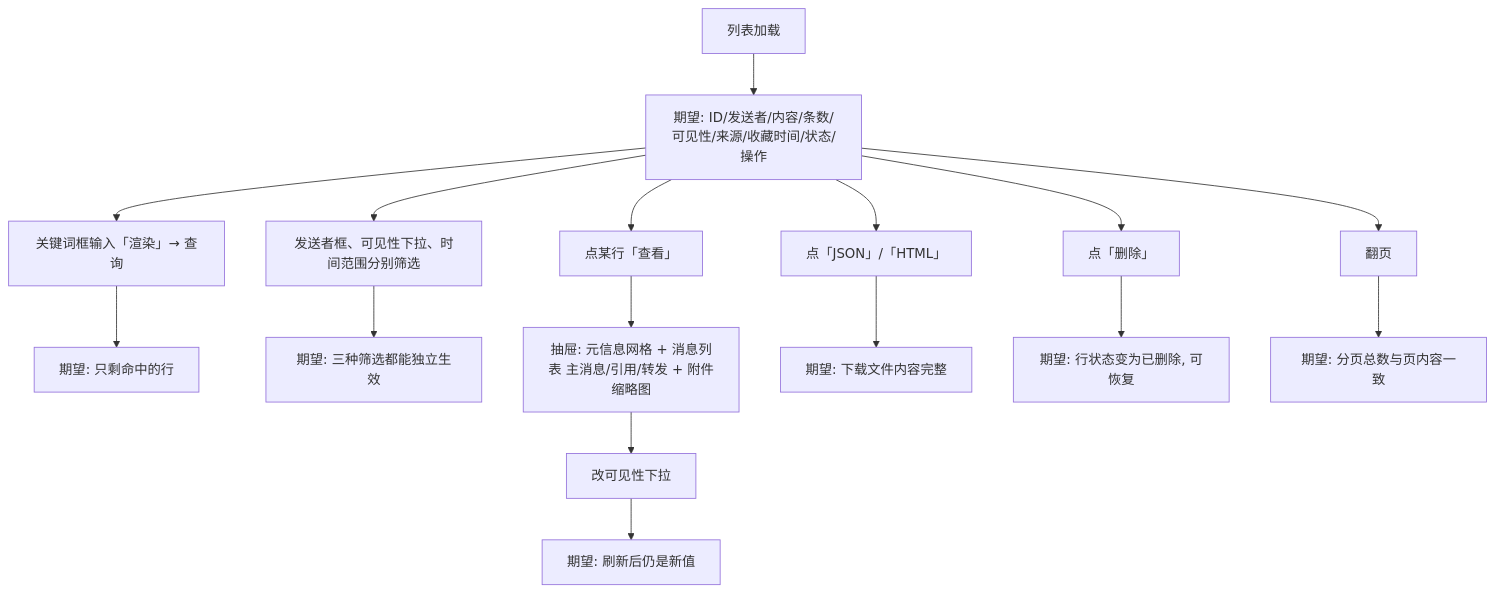
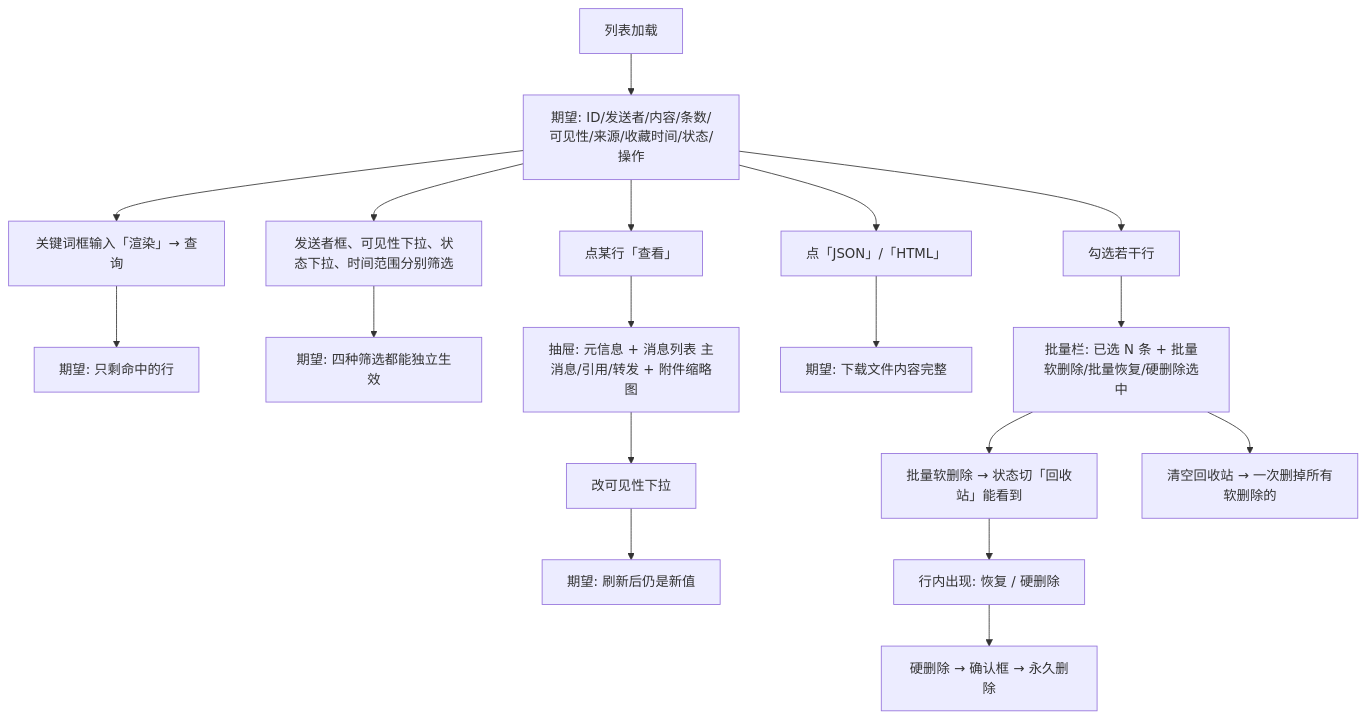
Before and after one commit to zhukongqwq/koishi-plugin-chatclip: the fourth of 4 diagrams in docs/VERIFY.md, drawn with Mermaid. The commit also changed other lines of this file and 10 other files, not shown here.

````diff
--- a/docs/VERIFY.md
+++ b/docs/VERIFY.md
@@ -115,18 +108,20 @@
 ```mermaid
 flowchart TD
   C1[列表加载] --> C2[期望: ID/发送者/内容/条数/可见性/来源/收藏时间/状态/操作]
   C2 --> C3[关键词框输入「渲染」→ 查询]
   C3 --> C4[期望: 只剩命中的行]
-  C2 --> C5[发送者框、可见性下拉、时间范围分别筛选]
-  C5 --> C6[期望: 三种筛选都能独立生效]
+  C2 --> C5[发送者框、可见性下拉、状态下拉、时间范围分别筛选]
+  C5 --> C6[期望: 四种筛选都能独立生效]
   C2 --> C7[点某行「查看」]
-  C7 --> C8[抽屉: 元信息网格 + 消息列表 主消息/引用/转发 + 附件缩略图]
+  C7 --> C8[抽屉: 元信息 + 消息列表 主消息/引用/转发 + 附件缩略图]
   C8 --> C9[改可见性下拉]
   C9 --> C10[期望: 刷新后仍是新值]
   C2 --> C11[点「JSON」/「HTML」]
   C11 --> C12[期望: 下载文件内容完整]
-  C2 --> C13[点「删除」]
-  C13 --> C14[期望: 行状态变为已删除, 可恢复]
-  C2 --> C15[翻页]
-  C15 --> C16[期望: 分页总数与页内容一致]
+  C2 --> D1[勾选若干行]
+  D1 --> D2[批量栏: 已选 N 条 + 批量软删除/批量恢复/硬删除选中]
+  D2 --> D3[批量软删除 → 状态切「回收站」能看到]
+  D3 --> D4[行内出现: 恢复 / 硬删除]
+  D4 --> D5[硬删除 → 确认框 → 永久删除]
+  D2 --> D6[清空回收站 → 一次删掉所有软删除的]
 ```
````
